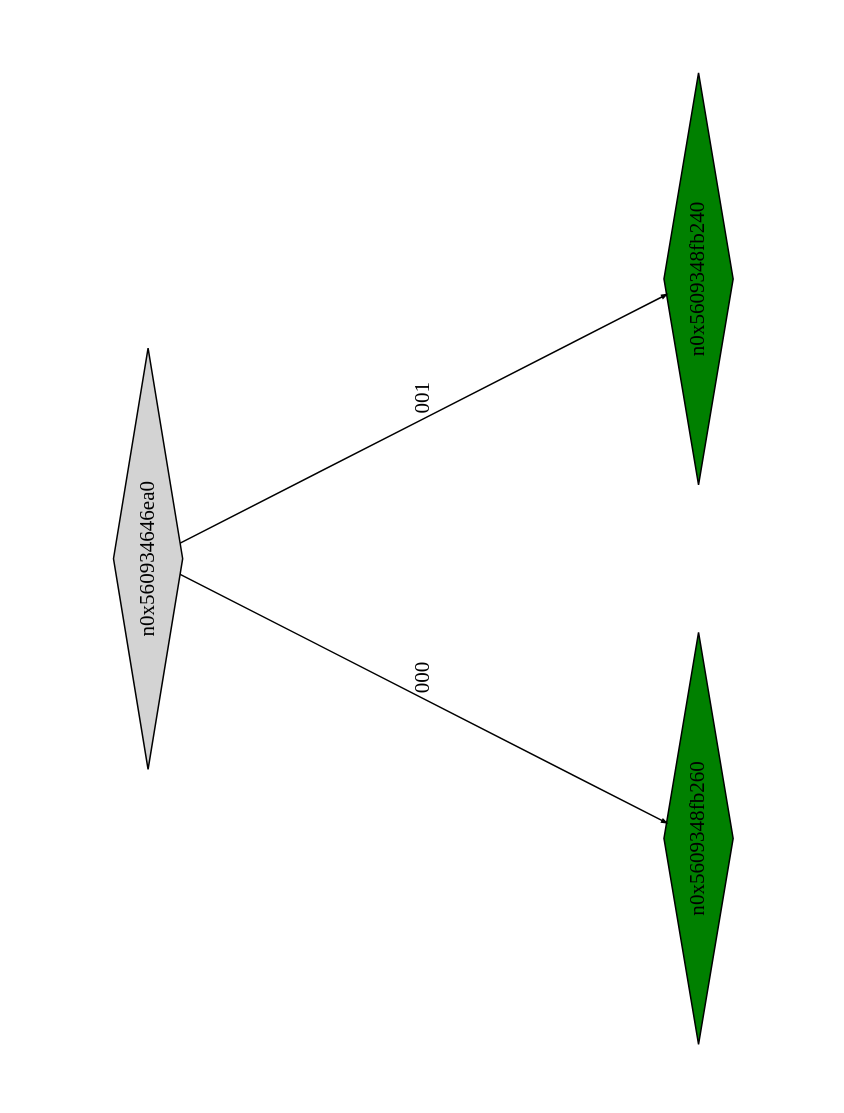
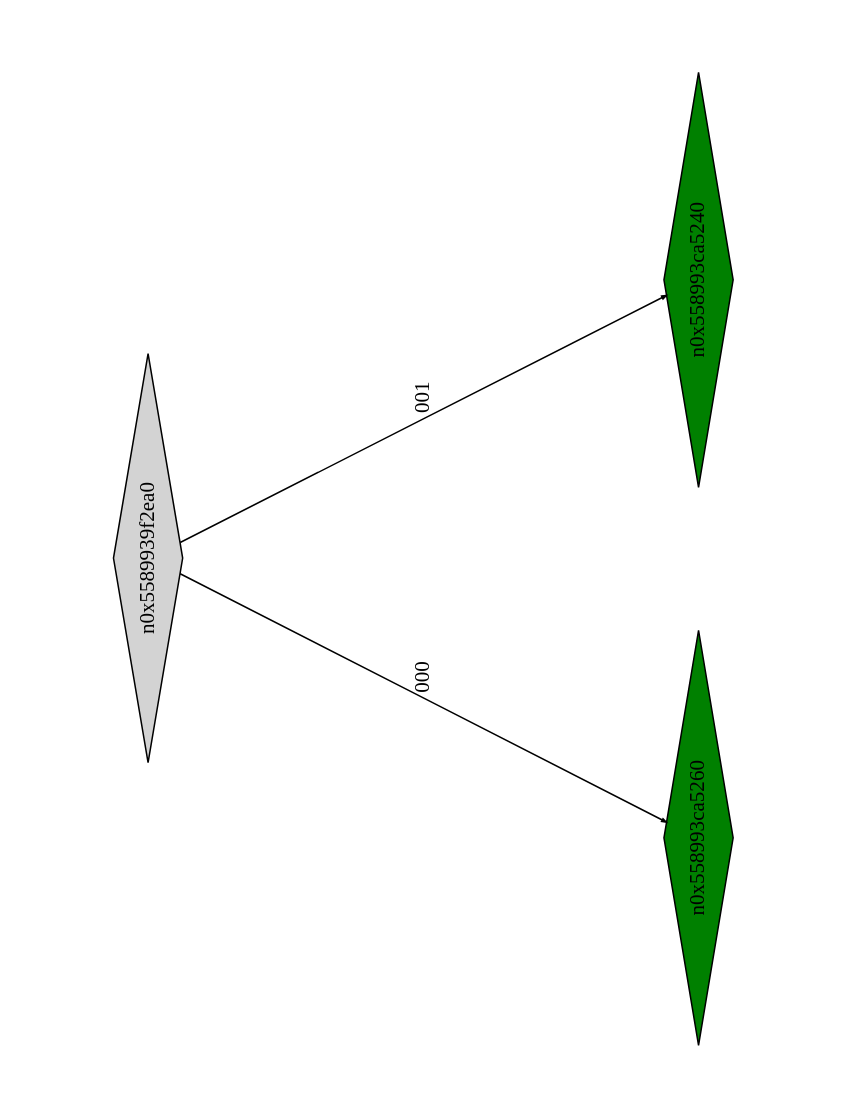
The diagram in montyhall_klee_out/ptree_00000795.dot (Research-Tools-PAVT/PSE-Program-Examples), drawn with Graphviz before and after one commit. The commit also changed 109 other files, not shown here.

```diff
--- a/montyhall_klee_out/ptree_00000795.dot
+++ b/montyhall_klee_out/ptree_00000795.dot
@@ -1,13 +1,13 @@
 digraph G {
 	size="10,7.5";
 	ratio=fill;
 	rotate=90;
 	center = "true";
 	node [style="filled",width=.1,height=.1,fontname="Terminus"]
 	edge [arrowsize=.3]
-	n0x560934646ea0 [shape=diamond];
-	n0x560934646ea0 -> n0x5609348fb260 [label=000];
-	n0x560934646ea0 -> n0x5609348fb240 [label=001];
-	n0x5609348fb240 [shape=diamond,fillcolor=green];
-	n0x5609348fb260 [shape=diamond,fillcolor=green];
+	n0x5589939f2ea0 [shape=diamond];
+	n0x5589939f2ea0 -> n0x558993ca5260 [label=000];
+	n0x5589939f2ea0 -> n0x558993ca5240 [label=001];
+	n0x558993ca5240 [shape=diamond,fillcolor=green];
+	n0x558993ca5260 [shape=diamond,fillcolor=green];
 }
```
